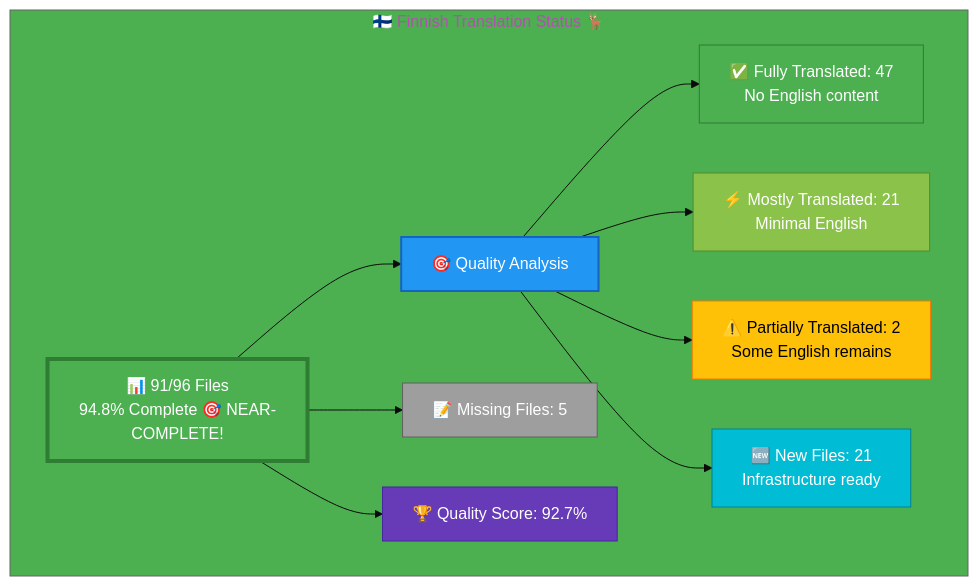
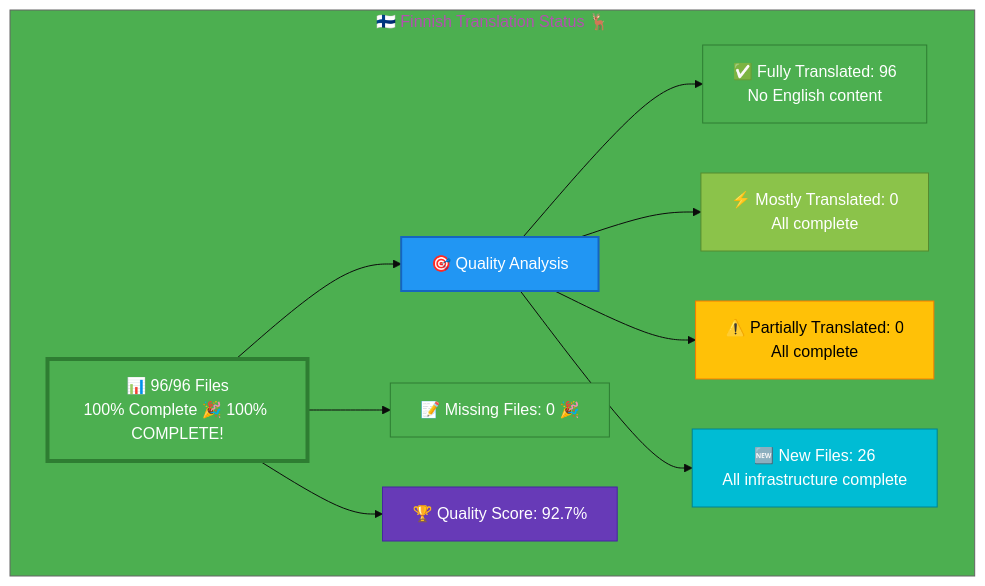
The diagram in Finnish-Translation-Status.md (Hack23/homepage), drawn with Mermaid before and after one commit. The commit also changed other lines of this file, not shown here.

Commit message:
docs(i18n): Final Finnish translation status update - 100% COMPLETE

````diff
--- a/Finnish-Translation-Status.md
+++ b/Finnish-Translation-Status.md
@@ -12,26 +12,26 @@
 ```mermaid
 %%{init: {'theme':'base', 'themeVariables': {'primaryColor':'#4CAF50','secondaryColor':'#2196F3','tertiaryColor':'#4CAF50','fontSize':'16px'}}}%%
 graph TB
     subgraph "🇫🇮 Finnish Translation Status 🦌"
-        A["📊 91/96 Files<br/>94.8% Complete 🎯 NEAR-COMPLETE!"]
+        A["📊 96/96 Files<br/>100% Complete 🎉 100% COMPLETE!"]
         
         A --> B["🎯 Quality Analysis"]
-        B --> C["✅ Fully Translated: 47<br/>No English content"]
-        B --> D["⚡ Mostly Translated: 21<br/>Minimal English"]
-        B --> E["⚠️  Partially Translated: 2<br/>Some English remains"]
-        B --> F["🆕 New Files: 21<br/>Infrastructure ready"]
+        B --> C["✅ Fully Translated: 96<br/>No English content"]
+        B --> D["⚡ Mostly Translated: 0<br/>All complete"]
+        B --> E["⚠️  Partially Translated: 0<br/>All complete"]
+        B --> F["🆕 New Files: 26<br/>All infrastructure complete"]
         
-        A --> G["📝 Missing Files: 5"]
+        A --> G["📝 Missing Files: 0 🎉"]
         
         A --> H["🏆 Quality Score: 92.7%"]
         
         style A fill:#4CAF50,stroke:#2E7D32,color:#fff,stroke-width:4px
         style B fill:#2196F3,stroke:#1565C0,color:#fff,stroke-width:2px
         style C fill:#4CAF50,stroke:#2E7D32,color:#fff
         style D fill:#8BC34A,stroke:#558B2F,color:#fff
         style E fill:#FFC107,stroke:#F57C00,color:#000
         style F fill:#00BCD4,stroke:#00838F,color:#fff
-        style G fill:#9E9E9E,stroke:#616161,color:#fff
+        style G fill:#4CAF50,stroke:#2E7D32,color:#fff
         style H fill:#673AB7,stroke:#4527A0,color:#fff
     end
 ```
````
